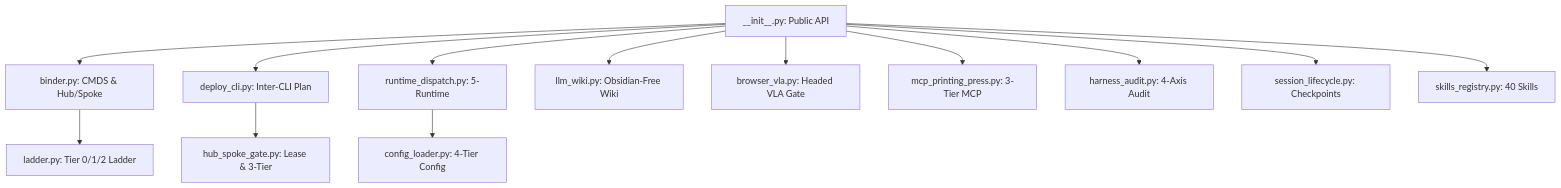
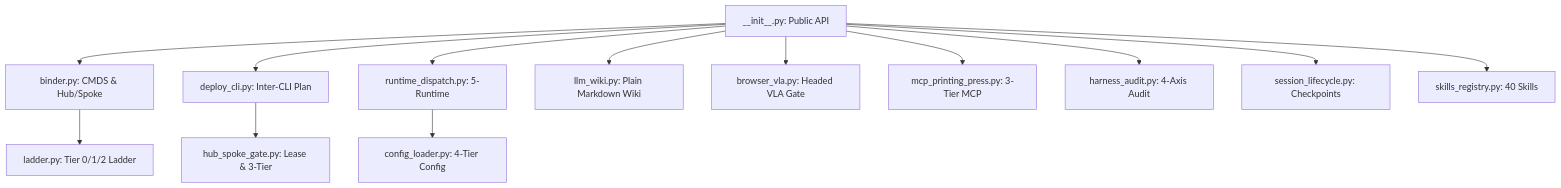
Before and after one commit to quamentalabs/patchwork-os: the second of 2 diagrams in docs/architecture/pwos-cockpit-and-5runtime-playbook.md, drawn with Mermaid. The commit also changed 1 other file, not shown here.

Commit message:
Clarify plain Markdown wiki diagram label

````diff
--- a/docs/architecture/pwos-cockpit-and-5runtime-playbook.md
+++ b/docs/architecture/pwos-cockpit-and-5runtime-playbook.md
@@ -34,15 +34,15 @@
 ```mermaid
 flowchart TD
   INIT["__init__.py: Public API"] --> BIND["binder.py: CMDS & Hub/Spoke"]
   BIND --> LAD["ladder.py: Tier 0/1/2 Ladder"]
   INIT --> DCLI["deploy_cli.py: Inter-CLI Plan"]
   DCLI --> HSG["hub_spoke_gate.py: Lease & 3-Tier"]
   INIT --> RDSP["runtime_dispatch.py: 5-Runtime"]
   RDSP --> CFG["config_loader.py: 4-Tier Config"]
-  INIT --> WIKI["llm_wiki.py: Obsidian-Free Wiki"]
+  INIT --> WIKI["llm_wiki.py: Plain Markdown Wiki"]
   INIT --> BVLA["browser_vla.py: Headed VLA Gate"]
   INIT --> MCPP["mcp_printing_press.py: 3-Tier MCP"]
   INIT --> HARN["harness_audit.py: 4-Axis Audit"]
   INIT --> SESS["session_lifecycle.py: Checkpoints"]
   INIT --> SKIL["skills_registry.py: 40 Skills"]
 ```
````
